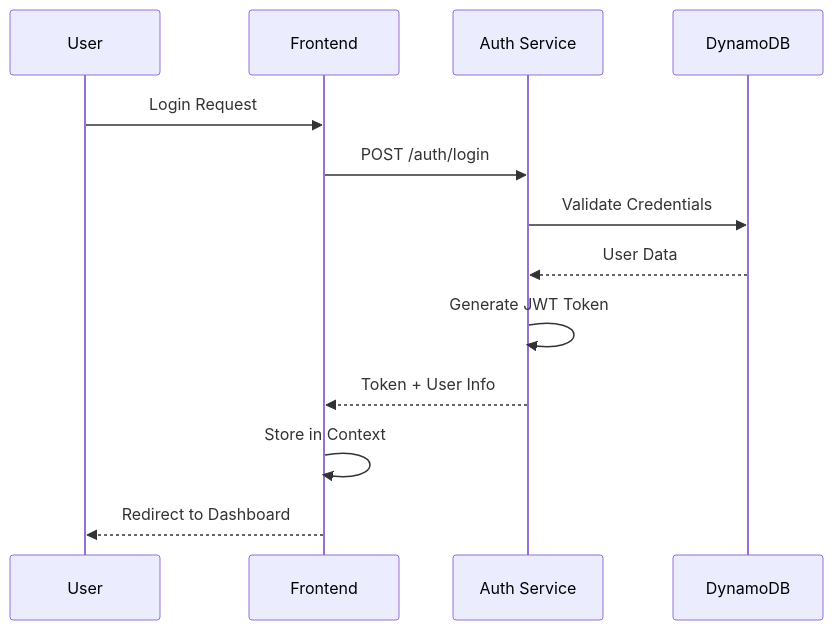
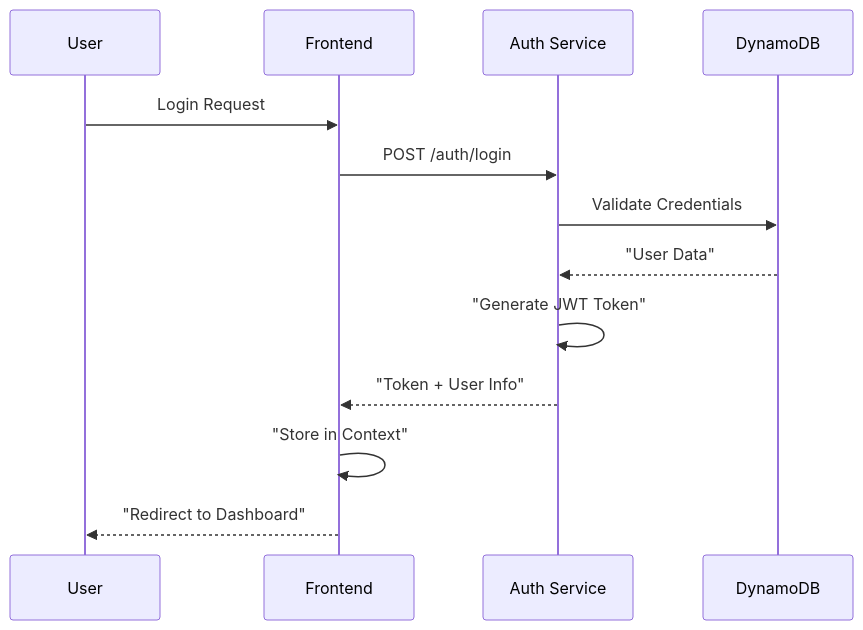
Before and after one commit to felixep/harborlist-marketplace: the second of 3 diagrams in docs/frontend/README.md, drawn with Mermaid. The commit also changed other lines of this file and 8 other files, not shown here.

First line of the commit message:
🔧 Fix Mermaid diagram rendering issues while preserving layouts

````diff
--- a/docs/frontend/README.md
+++ b/docs/frontend/README.md
@@ -132,16 +132,16 @@
 ```mermaid
 sequenceDiagram
     participant U as User
     participant F as Frontend
     participant A as Auth Service
     participant D as DynamoDB
 
     U->>F: Login Request
     F->>A: POST /auth/login
     A->>D: Validate Credentials
-    D-->>A: User Data
-    A->>A: Generate JWT Token
-    A-->>F: Token + User Info
-    F->>F: Store in Context
-    F-->>U: Redirect to Dashboard
+    D-->>A: "User Data"
+    A->>A: "Generate JWT Token"
+    A-->>F: "Token + User Info"
+    F->>F: "Store in Context"
+    F-->>U: "Redirect to Dashboard"
 ```
````
